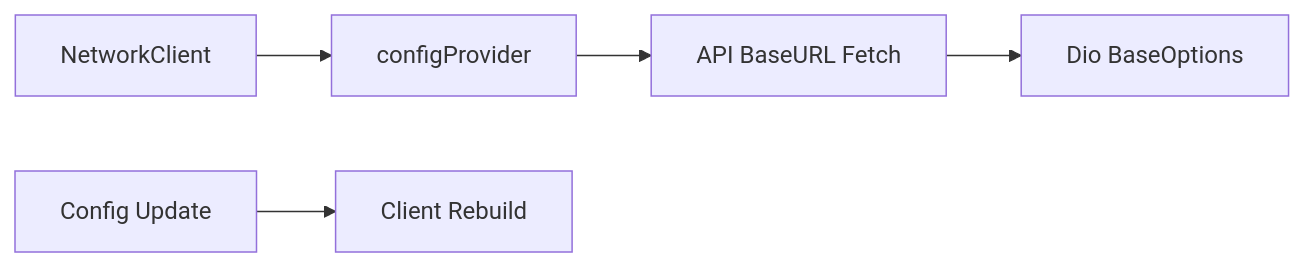
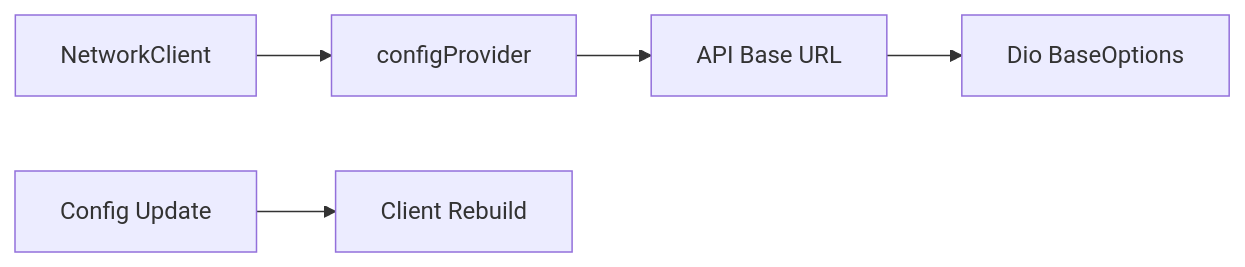
Before and after one commit to dokimiki/passpal: the first of 5 diagrams in lib/core/network/document.md, drawn with Mermaid. The commit also changed other lines of this file and 1 other file, not shown here.

````diff
--- a/lib/core/network/document.md
+++ b/lib/core/network/document.md
@@ -103,7 +106,7 @@
 ```mermaid
 flowchart LR
     A[NetworkClient] --> B[configProvider]
-    B --> C[API BaseURL Fetch]
+    B --> C[API Base URL]
     C --> D[Dio BaseOptions]
     E[Config Update] --> F[Client Rebuild]
 ```
````
